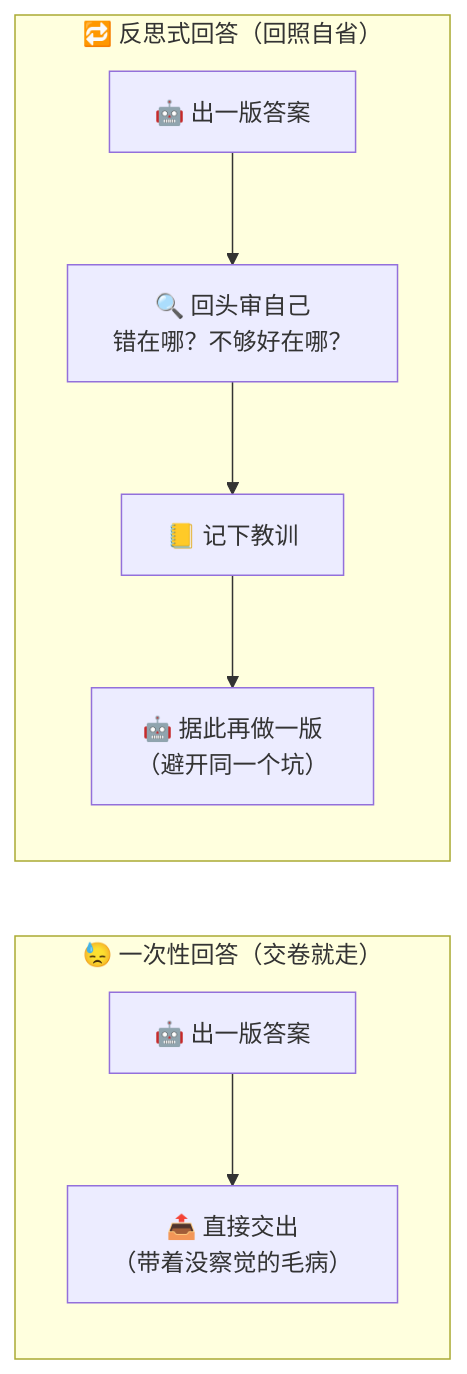
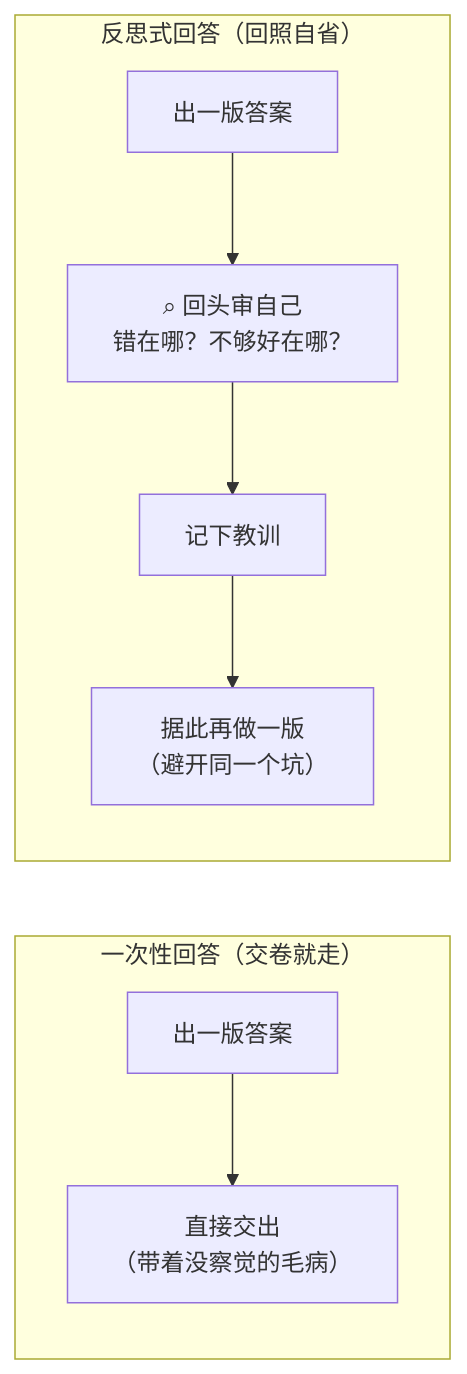
Before and after one commit to luckykhy/KhyAiHub: the first of 5 diagrams in docs/02_CONCEPTS_概念入门/CONCEPT/[CONCEPT-22] 什么是反思-Reflection.md, drawn with Mermaid. The commit also changed other lines of this file, not shown here.

````diff
--- a/docs/02_CONCEPTS_概念入门/CONCEPT/[CONCEPT-22] 什么是反思-Reflection.md
+++ b/docs/02_CONCEPTS_概念入门/CONCEPT/[CONCEPT-22] 什么是反思-Reflection.md
@@ -41,11 +41,11 @@
 ```mermaid
 flowchart LR
-  subgraph 一次性["😓 一次性回答（交卷就走）"]
-    ONCE["🤖 出一版答案"] --> SHIP["📤 直接交出<br/>（带着没察觉的毛病）"]
+  subgraph 一次性["一次性回答（交卷就走）"]
+    ONCE["出一版答案"] --> SHIP["直接交出<br/>（带着没察觉的毛病）"]
   end
-  subgraph 反思式["🔁 反思式回答（回照自省）"]
-    TRY["🤖 出一版答案"] --> LOOK["🔍 回头审自己<br/>错在哪？不够好在哪？"]
-    LOOK --> NOTE["📒 记下教训"]
-    NOTE --> AGAIN["🤖 据此再做一版<br/>（避开同一个坑）"]
+  subgraph 反思式["反思式回答（回照自省）"]
+    TRY["出一版答案"] --> LOOK["⌕ 回头审自己<br/>错在哪？不够好在哪？"]
+    LOOK --> NOTE["记下教训"]
+    NOTE --> AGAIN["据此再做一版<br/>（避开同一个坑）"]
   end
 ```
````
